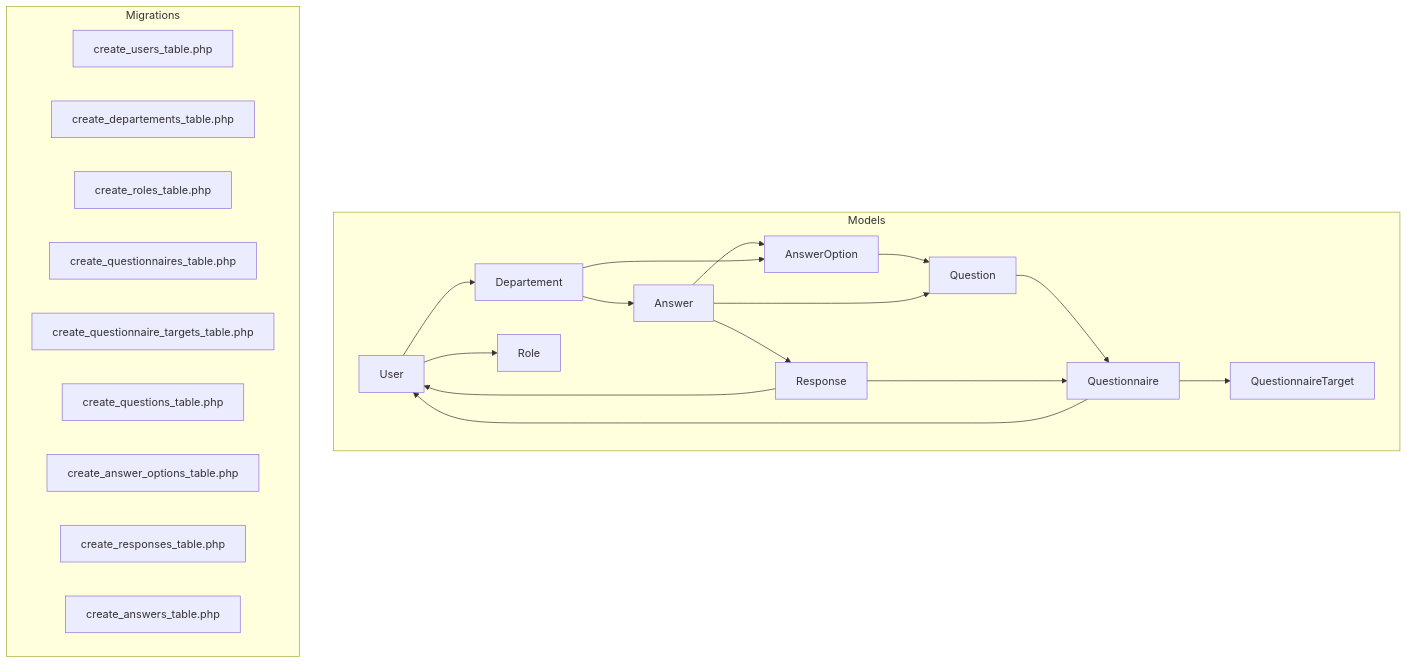
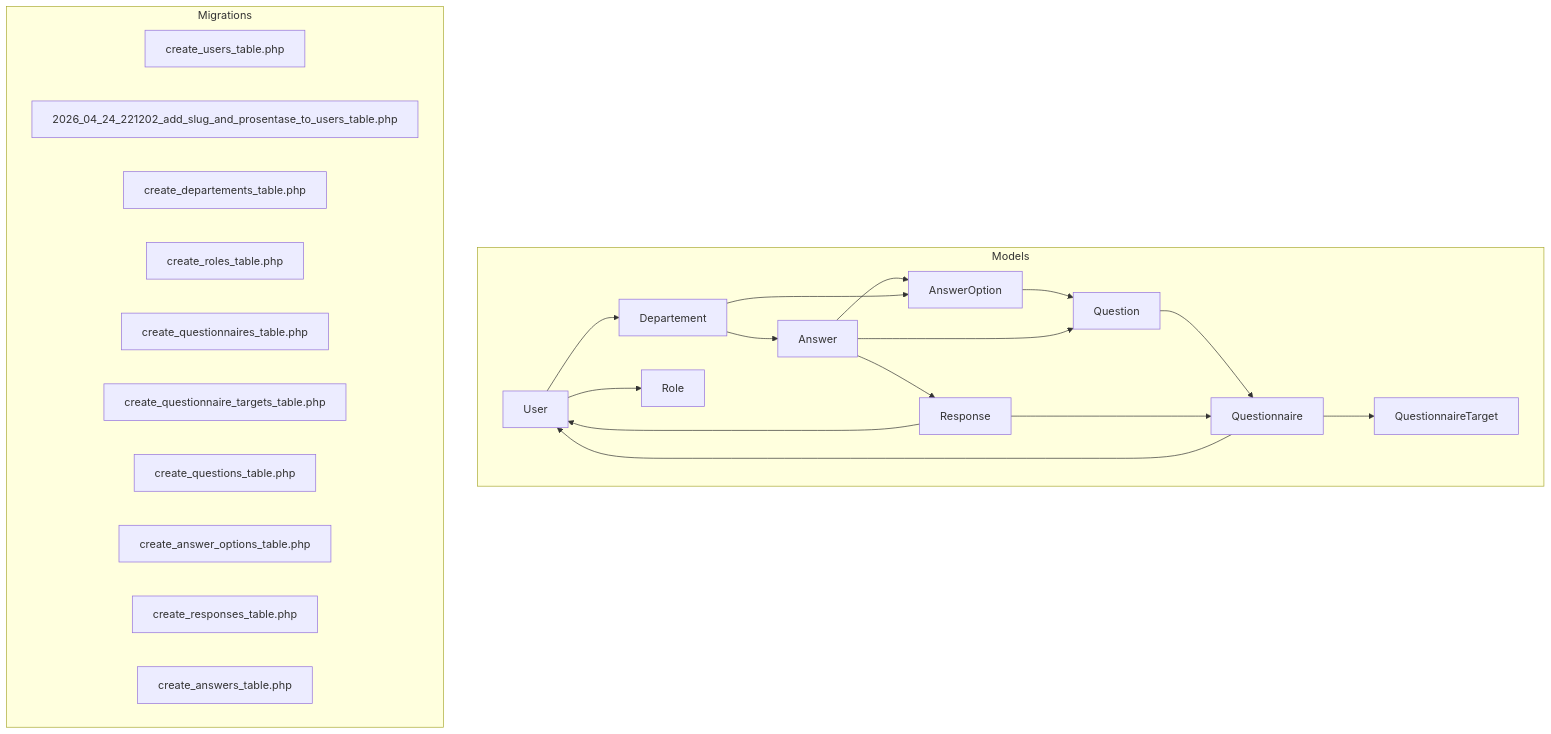
Before and after one commit to rudicatsmile/assesment360: the first of 7 diagrams in .qoder/repowiki/en/content/Data Models & Database Schema/Data Models & Database Schema.md, drawn with Mermaid. The commit also changed other lines of this file and 10 other files, not shown here.

First line of the commit message:
feat(auth): enhance user model with slug and prosentase fields

````diff
--- a/.qoder/repowiki/en/content/Data Models & Database Schema/Data Models & Database Schema.md
+++ b/.qoder/repowiki/en/content/Data Models & Database Schema/Data Models & Database Schema.md
@@ -52,38 +64,39 @@
 ```mermaid
 graph TB
 subgraph "Models"
 U["User"]
 D["Departement"]
 R["Role"]
 Q["Questionnaire"]
 QT["QuestionnaireTarget"]
 S["Question"]
 AO["AnswerOption"]
 RP["Response"]
 A["Answer"]
 end
 subgraph "Migrations"
 MU["create_users_table.php"]
+MUS["2026_04_24_221202_add_slug_and_prosentase_to_users_table.php"]
 MD["create_departements_table.php"]
 MR["create_roles_table.php"]
 MQ["create_questionnaires_table.php"]
 MQT["create_questionnaire_targets_table.php"]
 MS["create_questions_table.php"]
 MAO["create_answer_options_table.php"]
 MRP["create_responses_table.php"]
 MA["create_answers_table.php"]
 end
 U --> D
 U --> R
 Q --> U
 Q --> QT
 S --> Q
 AO --> S
 RP --> Q
 RP --> U
 A --> RP
 A --> S
 A --> AO
 D --> A
 D --> AO
 ```
````
